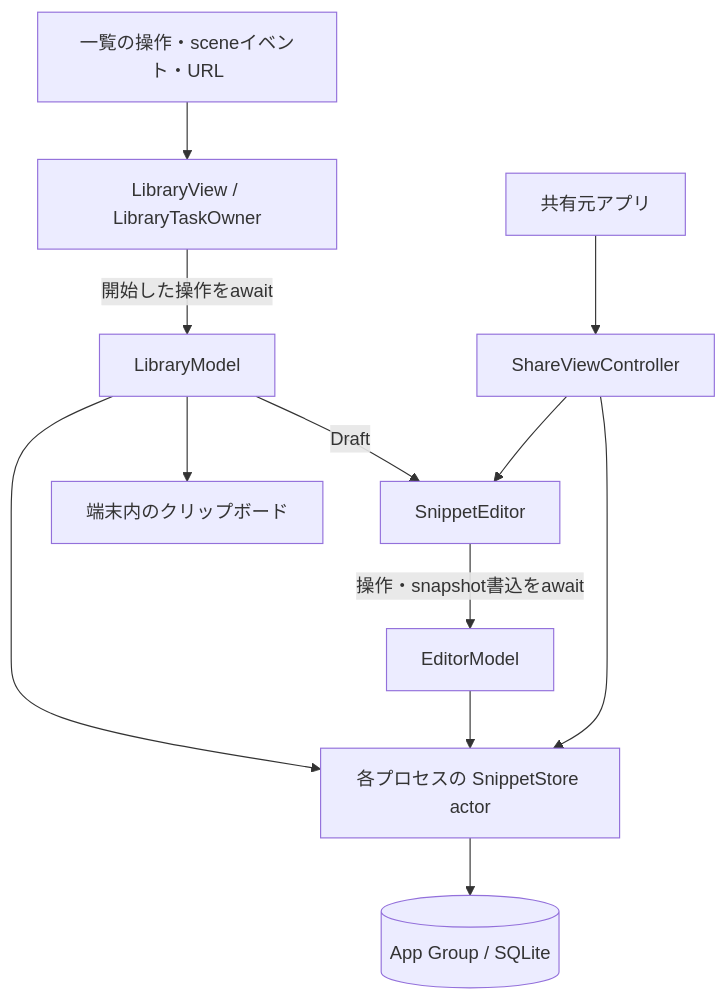
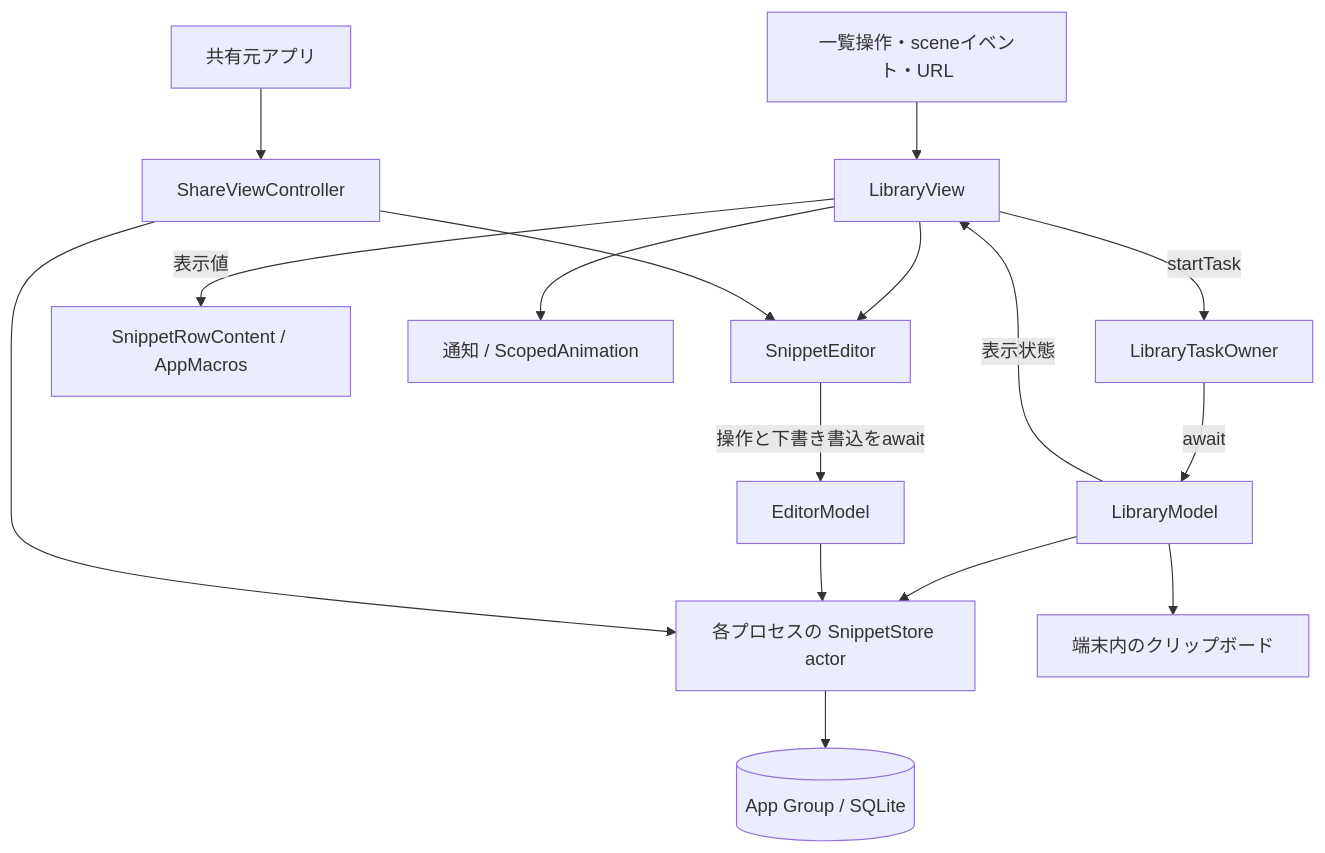
Before and after one commit to 9uiLe/nibble: the diagram in docs/decisions/0002-mvp-app.md, drawn with Mermaid. The commit also changed other lines of this file and 10 other files, not shown here.

````diff
--- a/docs/decisions/0002-mvp-app.md
+++ b/docs/decisions/0002-mvp-app.md
@@ -51,14 +53,18 @@
 ```mermaid
 flowchart TB
-    Events[一覧の操作・sceneイベント・URL] --> View[LibraryView / LibraryTaskOwner]
-    View -->|開始した操作をawait| Library[LibraryModel]
-    Library -->|Draft| Editor[SnippetEditor]
-    Host[共有元アプリ] --> Share[ShareViewController]
-    Share --> Editor
-    Editor -->|操作・snapshot書込をawait| Model[EditorModel]
-    Library --> Store[各プロセスの SnippetStore actor]
-    Model --> Store
-    Share --> Store
+    Events[一覧操作・sceneイベント・URL] --> LibraryView
+    LibraryView -->|startTask| LibraryTaskOwner
+    LibraryTaskOwner -->|await| LibraryModel
+    LibraryModel -->|表示状態| LibraryView
+    LibraryView -->|表示値| Row[SnippetRowContent / AppMacros]
+    LibraryView --> Notice[通知 / ScopedAnimation]
+    LibraryView --> Editor[SnippetEditor]
+    Host[共有元アプリ] --> ShareViewController
+    ShareViewController --> Editor
+    Editor -->|操作と下書き書込をawait| EditorModel
+    LibraryModel --> Store[各プロセスの SnippetStore actor]
+    EditorModel --> Store
+    ShareViewController --> Store
     Store --> DB[(App Group / SQLite)]
-    Library --> Clipboard[端末内のクリップボード]
+    LibraryModel --> Clipboard[端末内のクリップボード]
 ```
````
